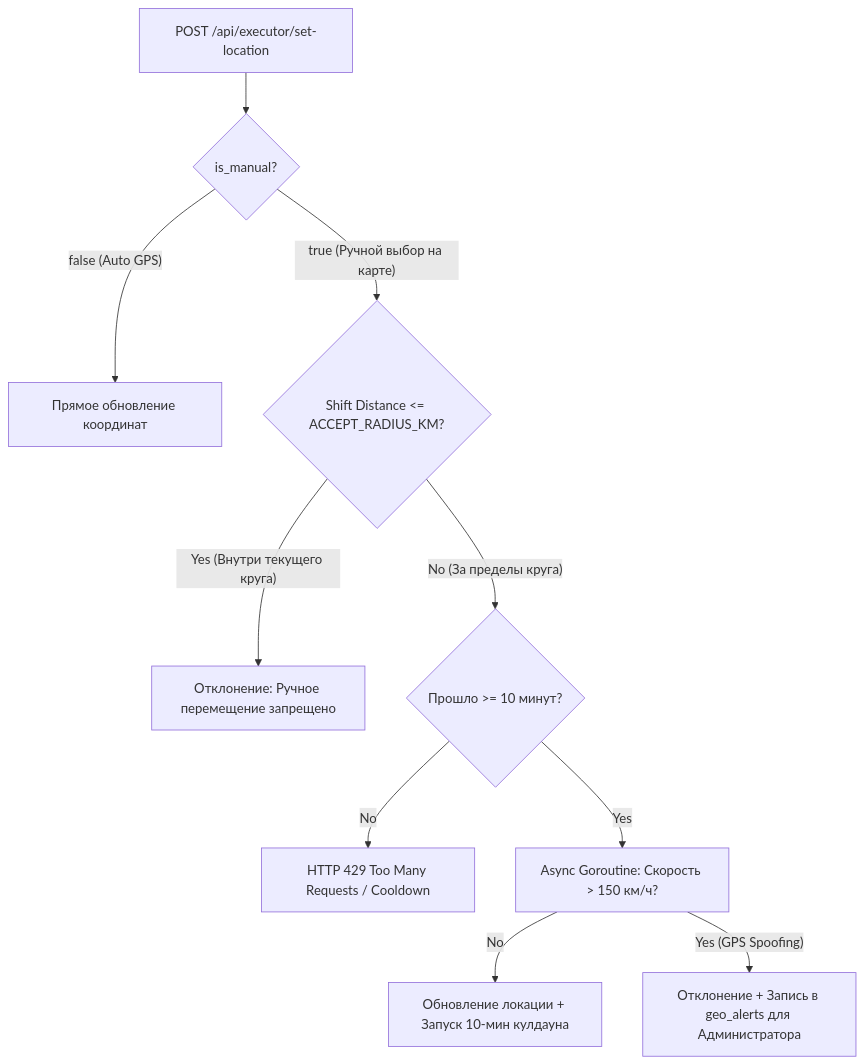
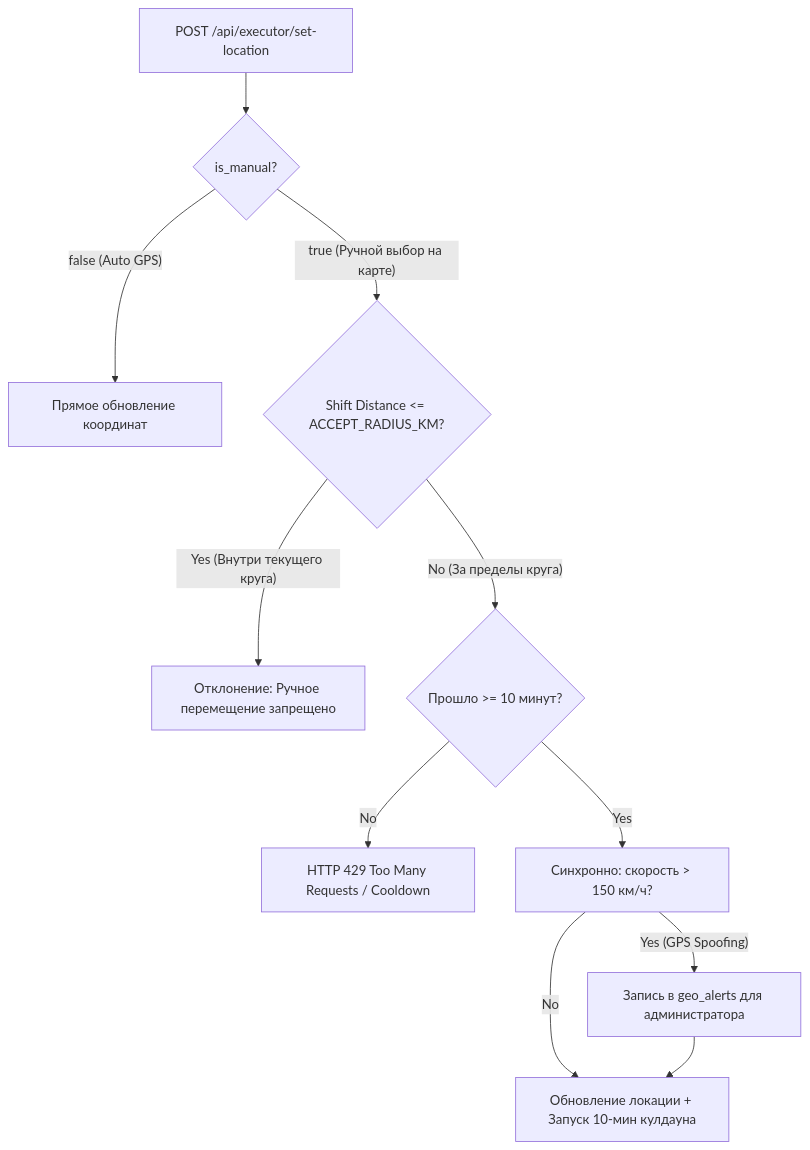
One commit to zubans/trash changed the diagram in doc/executor_map_and_geofencing.md. Above: the diagram before and after it, drawn with Mermaid. The commit also changed other lines of this file and 27 other files, not shown here.

````diff
--- a/doc/executor_map_and_geofencing.md
+++ b/doc/executor_map_and_geofencing.md
@@ -34,15 +34,16 @@
 ```mermaid
 flowchart TD
     A[POST /api/executor/set-location] --> B{is_manual?}
     B -- false (Auto GPS) --> C[Прямое обновление координат]
     B -- true (Ручной выбор на карте) --> D{Shift Distance <= ACCEPT_RADIUS_KM?}
     
     D -- Yes (Внутри текущего круга) --> E[Отклонение: Ручное перемещение запрещено]
     D -- No (За пределы круга) --> F{Прошло >= 10 минут?}
     
     F -- No --> G[HTTP 429 Too Many Requests / Cooldown]
-    F -- Yes --> H[Async Goroutine: Скорость > 150 км/ч?]
+    F -- Yes --> H[Синхронно: скорость > 150 км/ч?]
     
     H -- No --> I[Обновление локации + Запуск 10-мин кулдауна]
-    H -- Yes (GPS Spoofing) --> J[Отклонение + Запись в geo_alerts для Администратора]
+    H -- Yes (GPS Spoofing) --> J[Запись в geo_alerts для администратора]
+    J --> I
 ```
````
